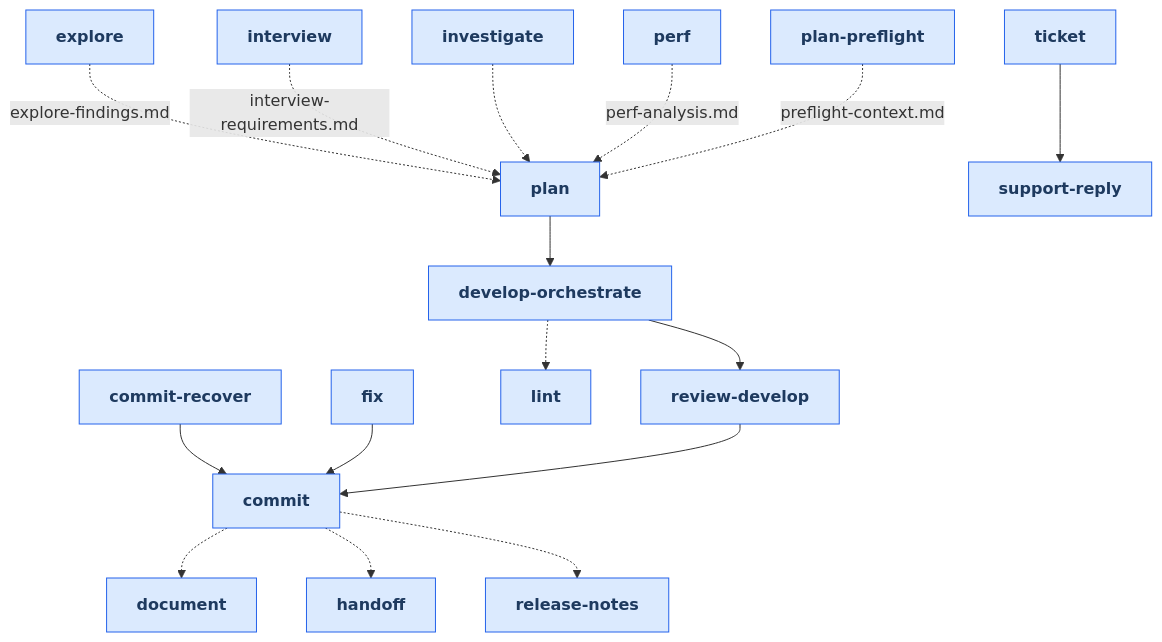
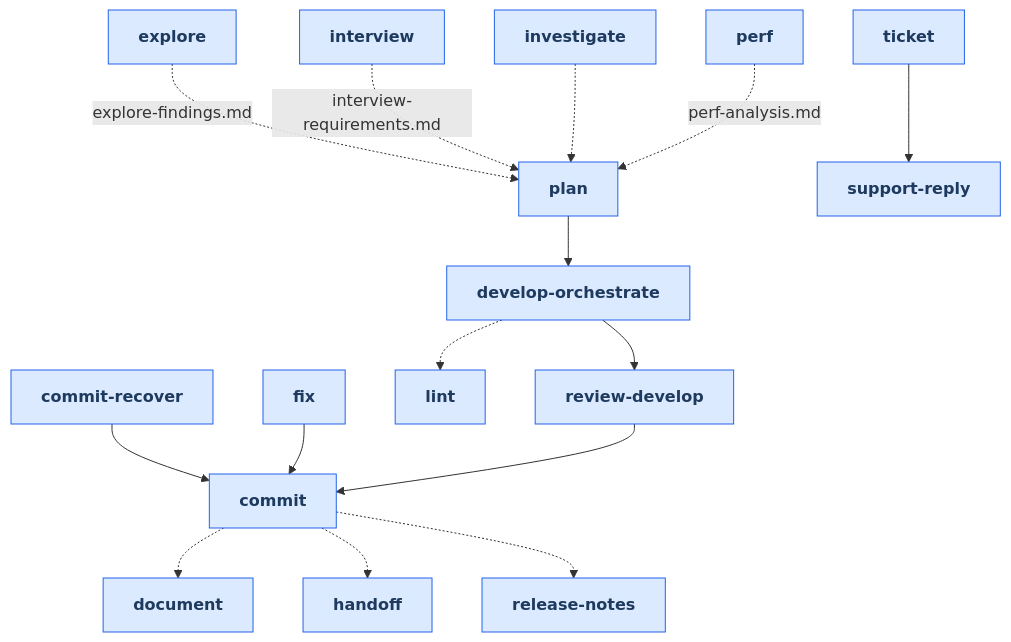
Before and after one commit to russell-laing/al-dev-shared: the first of 24 diagrams in docs/skills_map.md, drawn with Mermaid. The commit also changed other lines of this file, not shown here.

First line of the commit message:
📝 docs(skills-map): sync Layer 2 drilldowns with current skill set

````diff
--- a/docs/skills_map.md
+++ b/docs/skills_map.md
@@ -22,55 +22,52 @@
 ```mermaid
 flowchart TD
     classDef skillNode fill:#dbeafe,stroke:#2563eb,color:#1e3a5f,font-weight:bold
     skill_commit[commit]
     skill_commit_recover[commit-recover]
     skill_develop_orchestrate[develop-orchestrate]
     skill_document[document]
     skill_explore[explore]
     skill_fix[fix]
     skill_handoff[handoff]
     skill_interview[interview]
     skill_investigate[investigate]
     skill_lint[lint]
     skill_perf[perf]
     skill_plan[plan]
-    skill_plan_preflight[plan-preflight]
     skill_release_notes[release-notes]
     skill_review_develop[review-develop]
     skill_support_reply[support-reply]
     skill_ticket[ticket]
 
     skill_commit -.-> skill_document
     skill_commit -.-> skill_handoff
     skill_commit -.-> skill_release_notes
     skill_commit_recover --> skill_commit
     skill_develop_orchestrate --> skill_review_develop
     skill_develop_orchestrate -.-> skill_lint
     skill_explore -.-> |explore-findings.md| skill_plan
     skill_fix --> skill_commit
     skill_interview -.-> |interview-requirements.md| skill_plan
     skill_investigate -.-> skill_plan
     skill_perf -.-> |perf-analysis.md| skill_plan
     skill_plan --> skill_develop_orchestrate
-    skill_plan_preflight -.-> |preflight-context.md| skill_plan
     skill_review_develop --> skill_commit
     skill_ticket --> skill_support_reply
 
     class skill_commit skillNode
     class skill_commit_recover skillNode
     class skill_develop_orchestrate skillNode
     class skill_document skillNode
     class skill_explore skillNode
     class skill_fix skillNode
     class skill_handoff skillNode
     class skill_interview skillNode
     class skill_investigate skillNode
     class skill_lint skillNode
     class skill_perf skillNode
     class skill_plan skillNode
-    class skill_plan_preflight skillNode
     class skill_release_notes skillNode
     class skill_review_develop skillNode
     class skill_support_reply skillNode
     class skill_ticket skillNode
 ```
````
